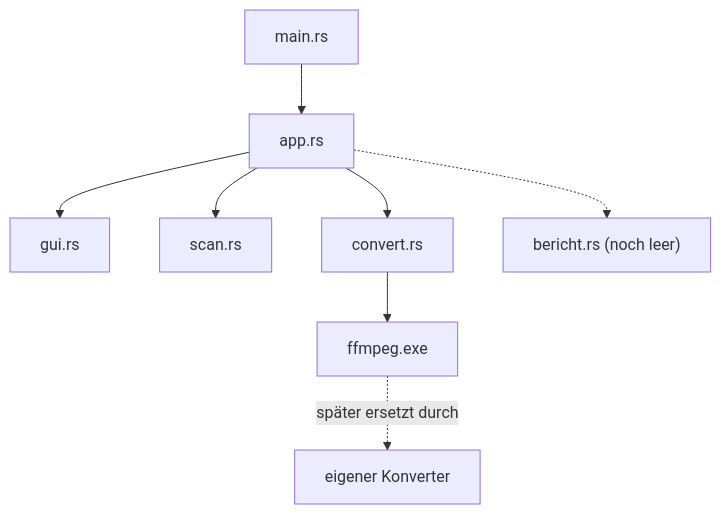
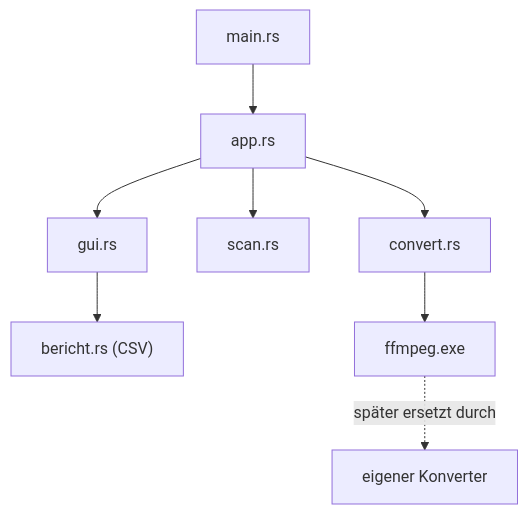
The diagram in wiki/index.md (Senci/audio-konverter), drawn with Mermaid before and after one commit. The commit also changed other lines of this file and 10 other files, not shown here.

````diff
--- a/wiki/index.md
+++ b/wiki/index.md
@@ -5,10 +5,10 @@
 ```mermaid
 flowchart TD
     main["main.rs"] --> app["app.rs"]
     app --> gui["gui.rs"]
     app --> scan["scan.rs"]
     app --> convert["convert.rs"]
-    app -.-> bericht["bericht.rs (noch leer)"]
+    gui --> bericht["bericht.rs (CSV)"]
     convert --> ffmpeg["ffmpeg.exe"]
     ffmpeg -.->|später ersetzt durch| eigen["eigener Konverter"]
 ```
````
